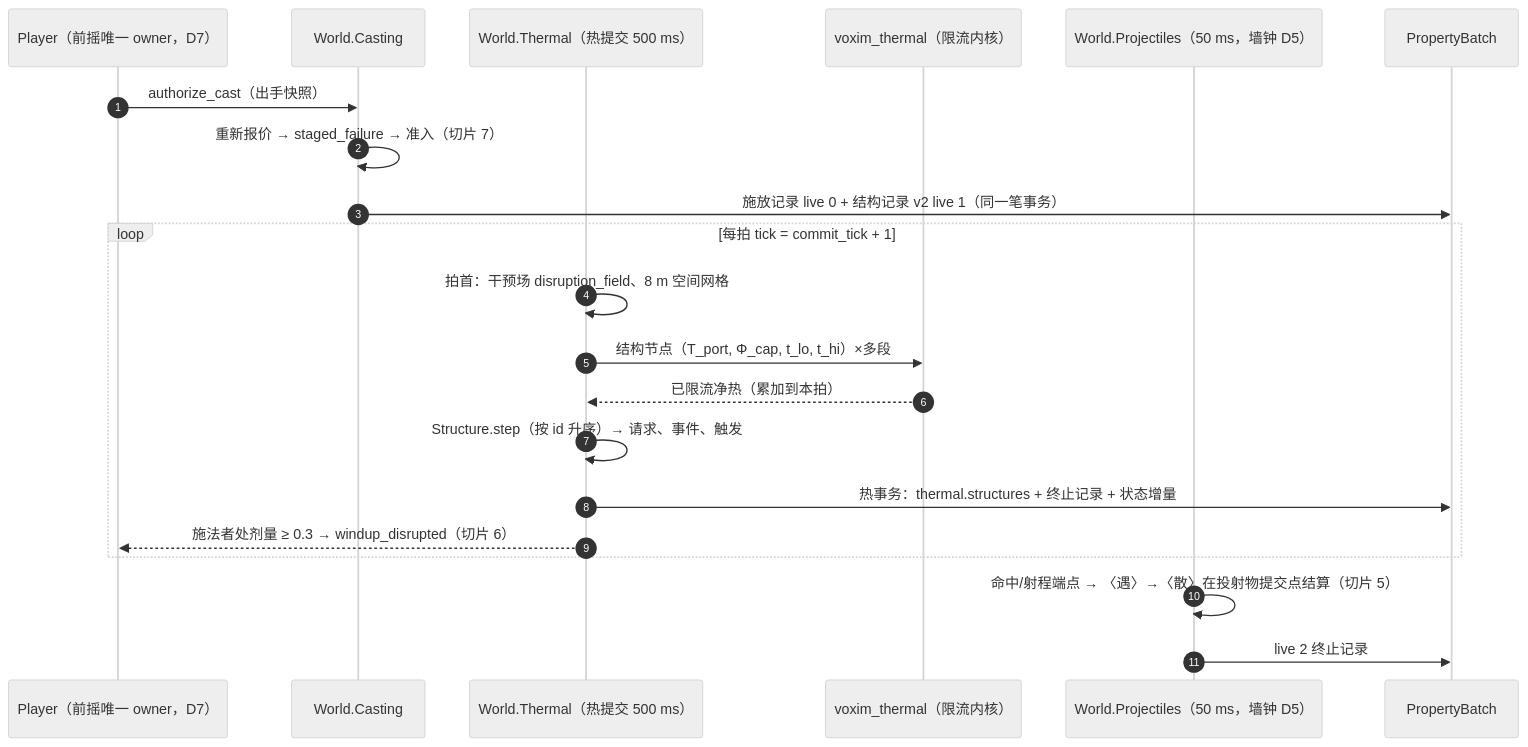
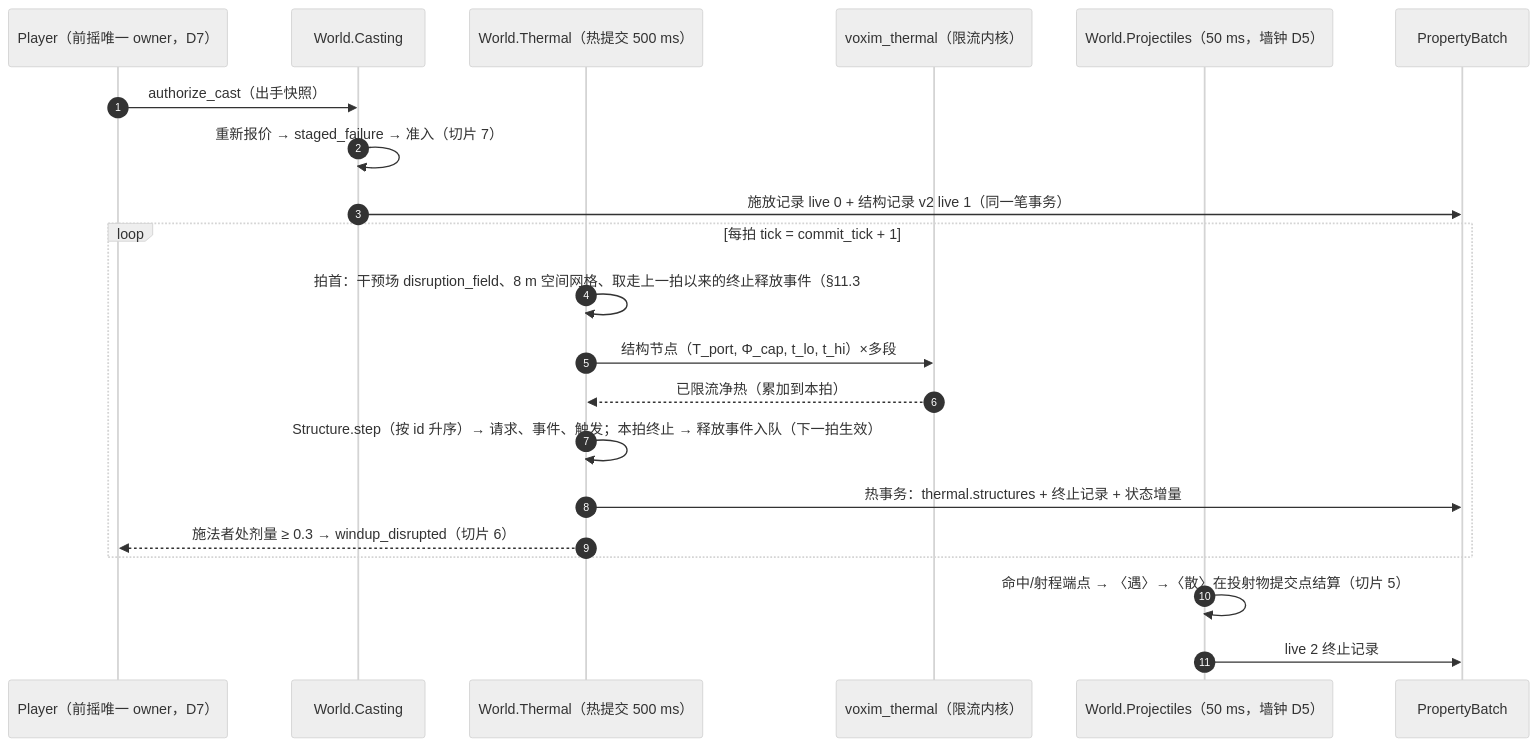
Before and after one commit to dyzdyz010/ex_mmo_cluster: the diagram in docs/10-active/magic/2026-11-26-p1-closure-slices4-8.md, drawn with Mermaid (neutral theme). The commit also changed other lines of this file and 6 other files, not shown here.

````diff
--- a/docs/10-active/magic/2026-11-26-p1-closure-slices4-8.md
+++ b/docs/10-active/magic/2026-11-26-p1-closure-slices4-8.md
@@ -57,23 +57,23 @@
 ```mermaid
 sequenceDiagram
   autonumber
   participant P as Player（前摇唯一 owner，D7）
   participant W as World.Casting
   participant T as World.Thermal（热提交 500 ms）
   participant K as voxim_thermal（限流内核）
   participant J as World.Projectiles（50 ms，墙钟 D5）
   participant B as PropertyBatch
   P->>W: authorize_cast（出手快照）
   W->>W: 重新报价 → staged_failure → 准入（切片 7）
   W->>B: 施放记录 live 0 + 结构记录 v2 live 1（同一笔事务）
   loop 每拍 tick = commit_tick + 1
-    T->>T: 拍首：干预场 disruption_field、8 m 空间网格
+    T->>T: 拍首：干预场 disruption_field、8 m 空间网格、取走上一拍以来的终止释放事件（§11.3 #6）
     T->>K: 结构节点（T_port, Φ_cap, t_lo, t_hi）×多段
     K-->>T: 已限流净热（累加到本拍）
-    T->>T: Structure.step（按 id 升序）→ 请求、事件、触发
+    T->>T: Structure.step（按 id 升序）→ 请求、事件、触发；本拍终止 → 释放事件入队（下一拍生效）
     T->>B: 热事务：thermal.structures + 终止记录 + 状态增量
     T-->>P: 施法者处剂量 ≥ 0.3 → windup_disrupted（切片 6）
   end
   J->>J: 命中/射程端点 → 〈遇〉→〈散〉在投射物提交点结算（切片 5）
   J->>B: live 2 终止记录
 ```
````
